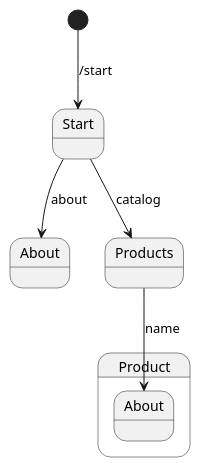
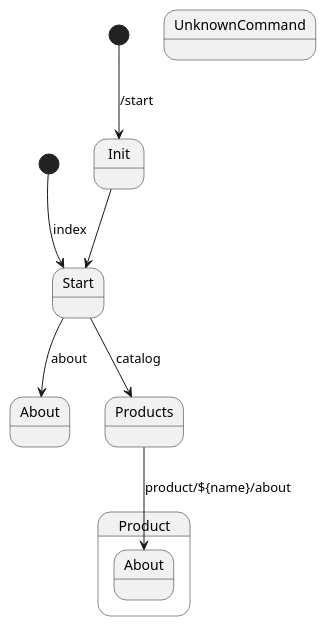
The diagram in doc/botFsmDiagram.md (ViktorShchukin/shopbot), drawn with PlantUML before and after one commit. The commit also changed 13 other files, not shown here.

````diff
--- a/doc/botFsmDiagram.md
+++ b/doc/botFsmDiagram.md
@@ -2,6 +2,12 @@
 ```plantuml
-[*] --> Start : /start
+state elsewhere <<start>>
+
+[*] --> Init : /start
+elsewhere --> Start : index
+Init --> Start
 Start --> About : about
 Start --> Products : catalog
-Products --> Product.About : name
+Products --> Product.About : product/${name}/about
+
+state UnknownCommand
 ```
````
